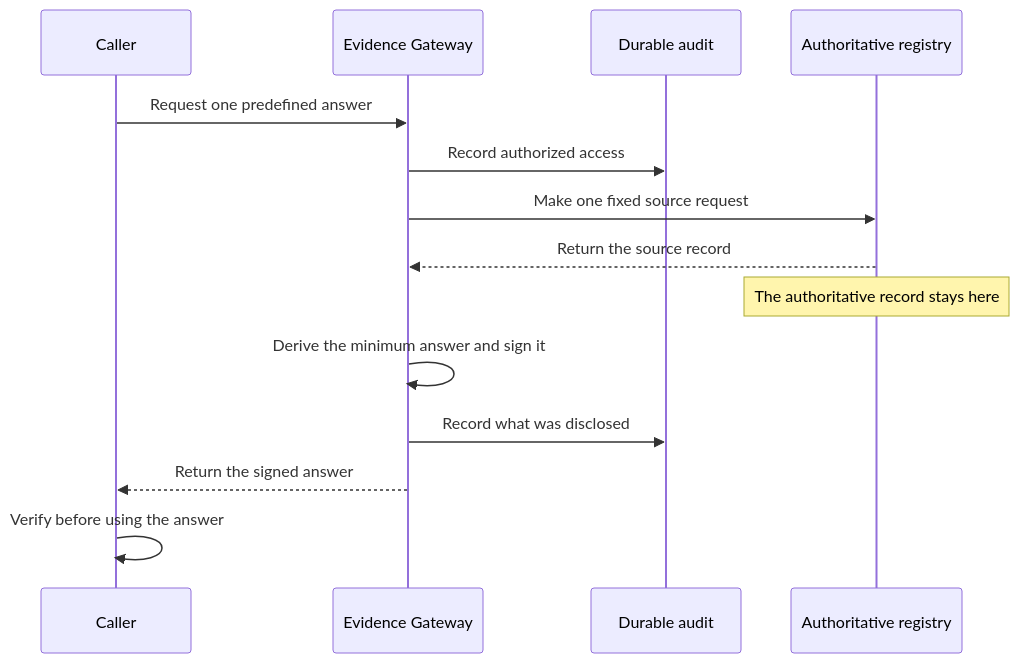
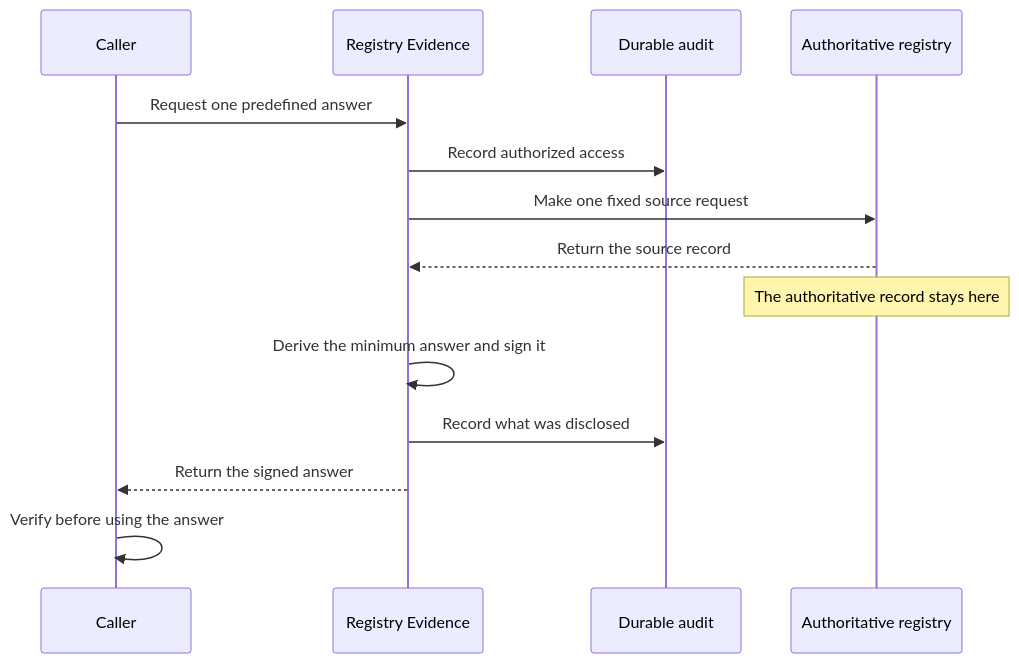
The diagram in docs/site/src/content/docs/start/evidence-quickstart.mdx (registrystack/registry-stack), drawn with Mermaid before and after one commit. The commit also changed other lines of this file and 160 other files, not shown here.

````diff
--- a/docs/site/src/content/docs/start/evidence-quickstart.mdx
+++ b/docs/site/src/content/docs/start/evidence-quickstart.mdx
@@ -18,17 +18,17 @@
 ```mermaid
 sequenceDiagram
     participant C as Caller
-    participant E as Evidence Gateway
+    participant E as Registry Evidence
     participant A as Durable audit
     participant R as Authoritative registry
 
     C->>E: Request one predefined answer
     E->>A: Record authorized access
     E->>R: Make one fixed source request
     R-->>E: Return the source record
     Note over R: The authoritative record stays here
     E->>E: Derive the minimum answer and sign it
     E->>A: Record what was disclosed
     E-->>C: Return the signed answer
     C->>C: Verify before using the answer
 ```
````
